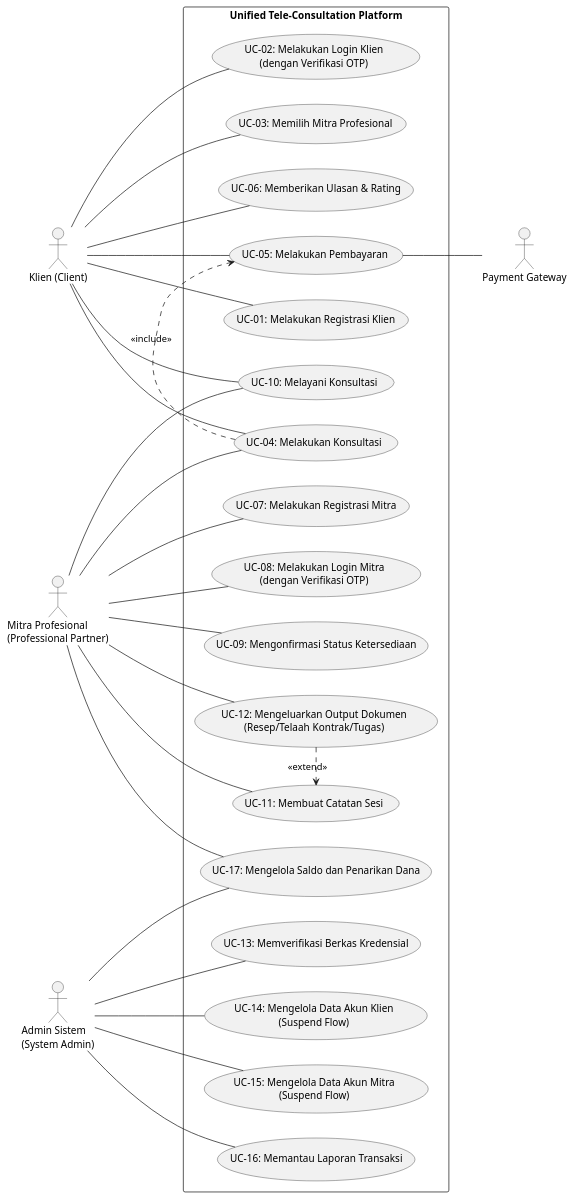
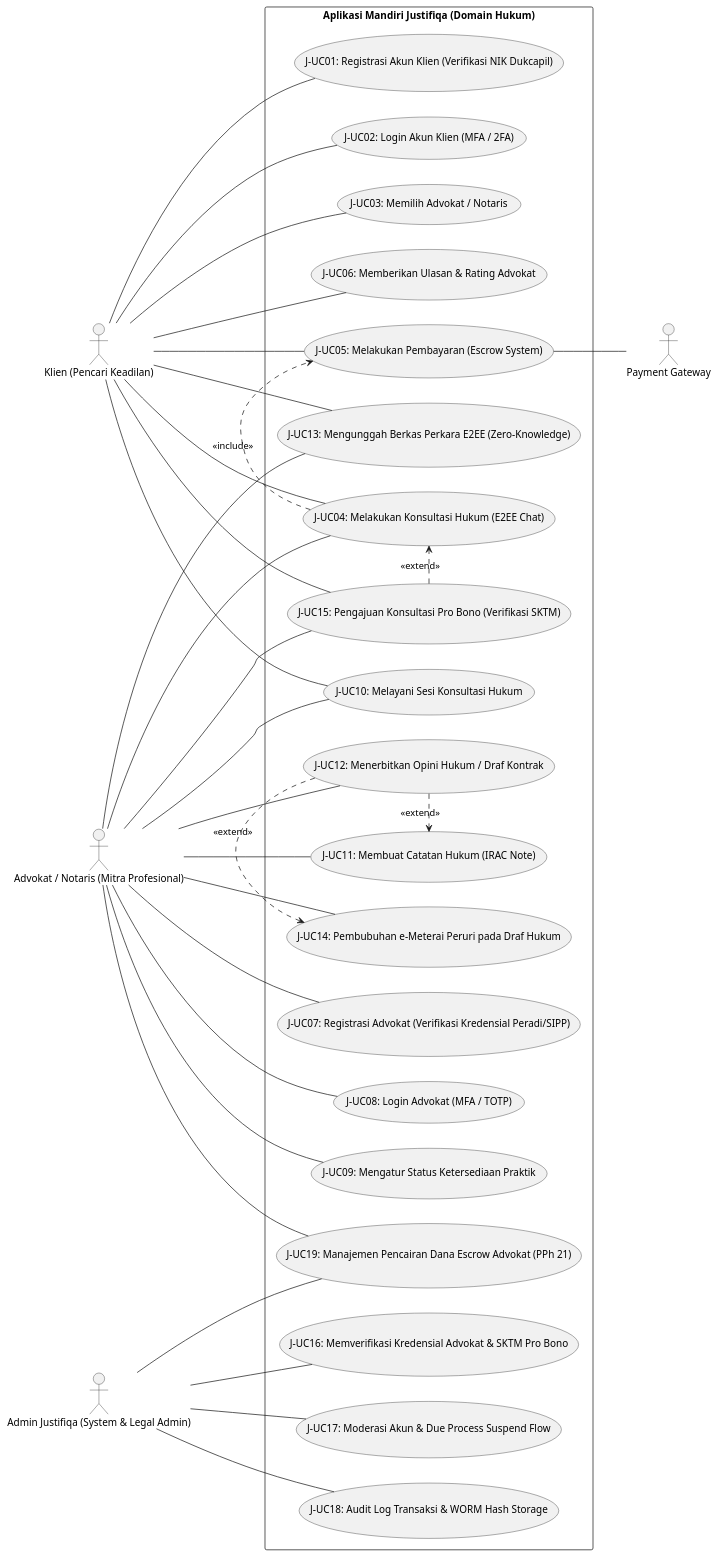
Before and after one commit to tupperwureism/SuperApp-Gagal: the first of 2 diagrams in MarkDown/plantuml_uc_diagrams.md, drawn with PlantUML. The commit also changed other lines of this file and 60 other files, not shown here.

Commit message:
feat(ui/ux): implement Role-Aware Routing, domain separation (Qualifa & Justifiqa), and 6-Pillar UI Spec

````diff
--- a/MarkDown/plantuml_uc_diagrams.md
+++ b/MarkDown/plantuml_uc_diagrams.md
@@ -18,63 +18,74 @@
 ```plantuml
 @startuml
 left to right direction
 skinparam packageStyle rectangle
 
-actor "Klien (Client)" as Klien
-actor "Mitra Profesional\n(Professional Partner)" as Mitra
-actor "Admin Sistem\n(System Admin)" as Admin
+actor "Klien (Pencari Keadilan)" as Klien
+actor "Advokat / Notaris (Mitra Profesional)" as Mitra
+actor "Admin Justifiqa (System & Legal Admin)" as Admin
 actor "Payment Gateway" as PG
 
-rectangle "Unified Tele-Consultation Platform" {
-  usecase "UC-01: Melakukan Registrasi Klien" as UC01
-  usecase "UC-02: Melakukan Login Klien\n(dengan Verifikasi OTP)" as UC02
-  usecase "UC-03: Memilih Mitra Profesional" as UC03
-  usecase "UC-04: Melakukan Konsultasi" as UC04
-  usecase "UC-05: Melakukan Pembayaran" as UC05
-  usecase "UC-06: Memberikan Ulasan & Rating" as UC06
+rectangle "Aplikasi Mandiri Justifiqa (Domain Hukum)" {
+  ' Client & Partner Core Flows
+  usecase "J-UC01: Registrasi Akun Klien (Verifikasi NIK Dukcapil)" as UC01
+  usecase "J-UC02: Login Akun Klien (MFA / 2FA)" as UC02
+  usecase "J-UC03: Memilih Advokat / Notaris" as UC03
+  usecase "J-UC04: Melakukan Konsultasi Hukum (E2EE Chat)" as UC04
+  usecase "J-UC05: Melakukan Pembayaran (Escrow System)" as UC05
+  usecase "J-UC06: Memberikan Ulasan & Rating Advokat" as UC06
   
-  usecase "UC-07: Melakukan Registrasi Mitra" as UC07
-  usecase "UC-08: Melakukan Login Mitra\n(dengan Verifikasi OTP)" as UC08
-  usecase "UC-09: Mengonfirmasi Status Ketersediaan" as UC09
-  usecase "UC-10: Melayani Konsultasi" as UC10
-  usecase "UC-11: Membuat Catatan Sesi" as UC11
-  usecase "UC-12: Mengeluarkan Output Dokumen\n(Resep/Telaah Kontrak/Tugas)" as UC12
+  usecase "J-UC07: Registrasi Advokat (Verifikasi Kredensial Peradi/SIPP)" as UC07
+  usecase "J-UC08: Login Advokat (MFA / TOTP)" as UC08
+  usecase "J-UC09: Mengatur Status Ketersediaan Praktik" as UC09
+  usecase "J-UC10: Melayani Sesi Konsultasi Hukum" as UC10
+  usecase "J-UC11: Membuat Catatan Hukum (IRAC Note)" as UC11
+  usecase "J-UC12: Menerbitkan Opini Hukum / Draf Kontrak" as UC12
   
-  usecase "UC-13: Memverifikasi Berkas Kredensial" as UC13
-  usecase "UC-14: Mengelola Data Akun Klien\n(Suspend Flow)" as UC14
-  usecase "UC-15: Mengelola Data Akun Mitra\n(Suspend Flow)" as UC15
-  usecase "UC-16: Memantau Laporan Transaksi" as UC16
-  usecase "UC-17: Mengelola Saldo dan Penarikan Dana" as UC17
+  ' Domain Specific Legal Flows
+  usecase "J-UC13: Mengunggah Berkas Perkara E2EE (Zero-Knowledge)" as UC13
+  usecase "J-UC14: Pembubuhan e-Meterai Peruri pada Draf Hukum" as UC14
+  usecase "J-UC15: Pengajuan Konsultasi Pro Bono (Verifikasi SKTM)" as UC15
+  
+  ' Independent Admin Flows
+  usecase "J-UC16: Memverifikasi Kredensial Advokat & SKTM Pro Bono" as UC16
+  usecase "J-UC17: Moderasi Akun & Due Process Suspend Flow" as UC17
+  usecase "J-UC18: Audit Log Transaksi & WORM Hash Storage" as UC18
+  usecase "J-UC19: Manajemen Pencairan Dana Escrow Advokat (PPh 21)" as UC19
   
   UC04 .> UC05 : <<include>>
   UC12 .> UC11 : <<extend>>
+  UC12 .> UC14 : <<extend>>
+  UC15 .> UC04 : <<extend>>
 }
 
 Klien -- UC01
 Klien -- UC02
 Klien -- UC03
 Klien -- UC04
 Klien -- UC05
 Klien -- UC06
+Klien -- UC13
+Klien -- UC15
 
-' Asosiasi Aktor Pendukung (Supporting Actors)
 Mitra -- UC04
 Klien -- UC10
 
 Mitra -- UC07
 Mitra -- UC08
 Mitra -- UC09
 Mitra -- UC10
 Mitra -- UC11
 Mitra -- UC12
-Mitra -- UC17
+Mitra -- UC13
+Mitra -- UC14
+Mitra -- UC15
+Mitra -- UC19
 
-Admin -- UC13
-Admin -- UC14
-Admin -- UC15
 Admin -- UC16
 Admin -- UC17
+Admin -- UC18
+Admin -- UC19
 
 UC05 -- PG
 @enduml
 ```
````
